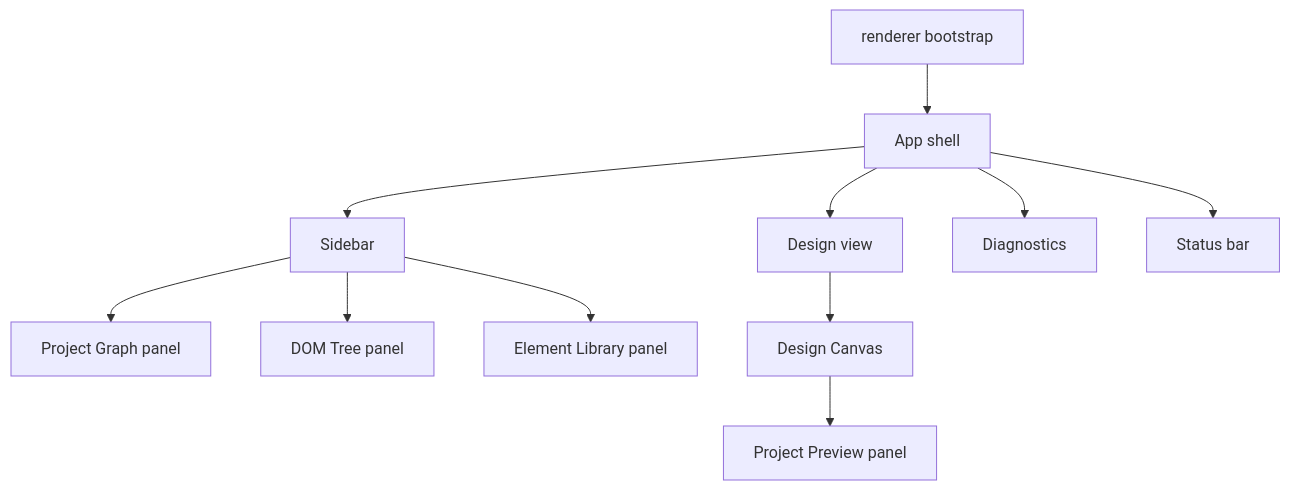
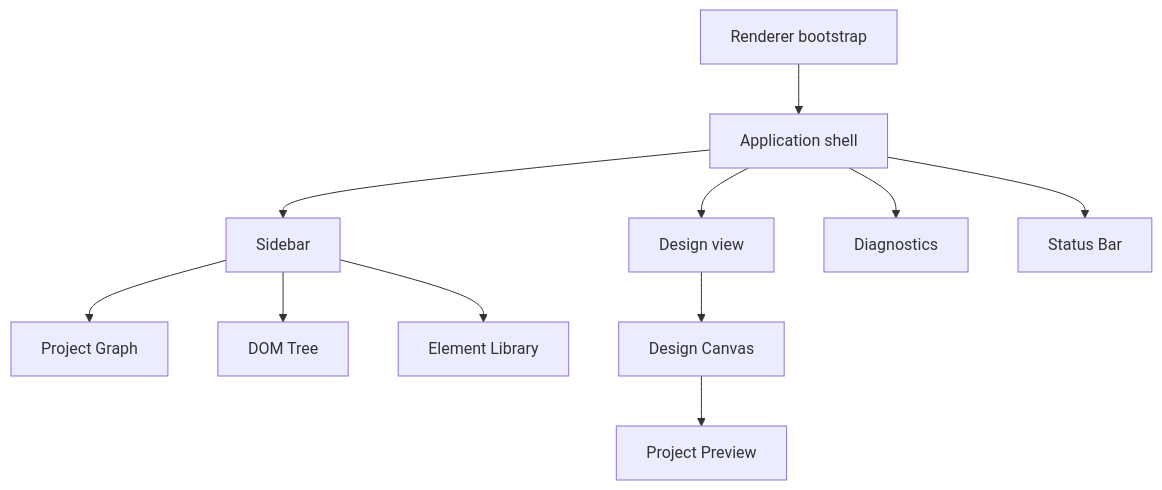
The diagram in docs/architecture/renderer-shell/README.md (krestosa/Crystal), drawn with Mermaid before and after one commit. The commit also changed other lines of this file and 60 other files, not shown here.

````diff
--- a/docs/architecture/renderer-shell/README.md
+++ b/docs/architecture/renderer-shell/README.md
@@ -13,13 +13,13 @@
 ```mermaid
 flowchart TD
-  Bootstrap[renderer bootstrap] --> Shell[App shell]
+  Bootstrap[Renderer bootstrap] --> Shell[Application shell]
   Shell --> Sidebar[Sidebar]
   Shell --> Design[Design view]
   Shell --> Diagnostics[Diagnostics]
-  Shell --> Status[Status bar]
-  Sidebar --> Graph[Project Graph panel]
-  Sidebar --> DomTree[DOM Tree panel]
-  Sidebar --> Library[Element Library panel]
+  Shell --> Status[Status Bar]
+  Sidebar --> Graph[Project Graph]
+  Sidebar --> Tree[DOM Tree]
+  Sidebar --> Library[Element Library]
   Design --> Canvas[Design Canvas]
-  Canvas --> Preview[Project Preview panel]
+  Canvas --> Preview[Project Preview]
 ```
````
